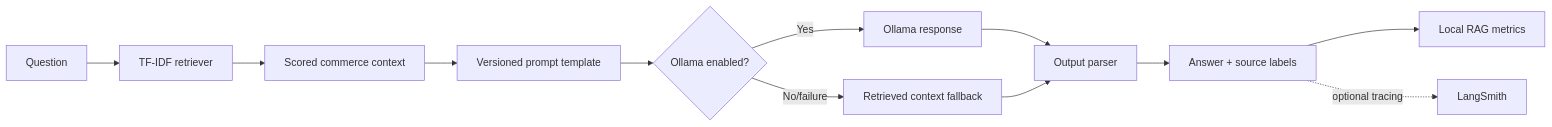
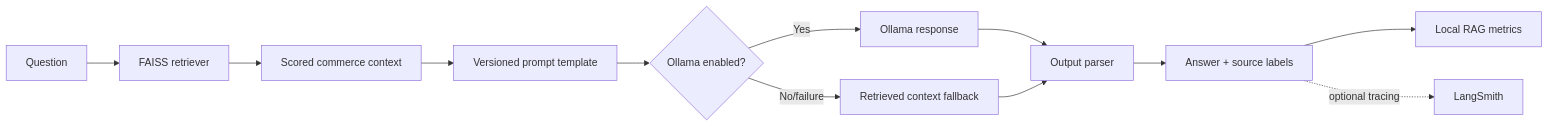
Before and after one commit to Niranjana2599/AI-Commerce-Analytics-Platform: the sixth of 9 diagrams in docs/02_System_Architecture.md, drawn with Mermaid. The commit also changed other lines of this file and 8 other files, not shown here.

````diff
--- a/docs/02_System_Architecture.md
+++ b/docs/02_System_Architecture.md
@@ -63,14 +85,14 @@
 ```mermaid
 flowchart LR
-  Q[Question] --> Retrieve[TF-IDF retriever]
+  Q[Question] --> Retrieve[FAISS retriever]
   Retrieve --> Context[Scored commerce context]
   Context --> Prompt[Versioned prompt template]
   Prompt --> Generate{Ollama enabled?}
   Generate -- Yes --> LLM[Ollama response]
   Generate -- No/failure --> Evidence[Retrieved context fallback]
   LLM --> Parse[Output parser]
   Evidence --> Parse
   Parse --> Answer[Answer + source labels]
   Answer --> Ops[Local RAG metrics]
   Answer -. optional tracing .-> LS[LangSmith]
 ```
````
